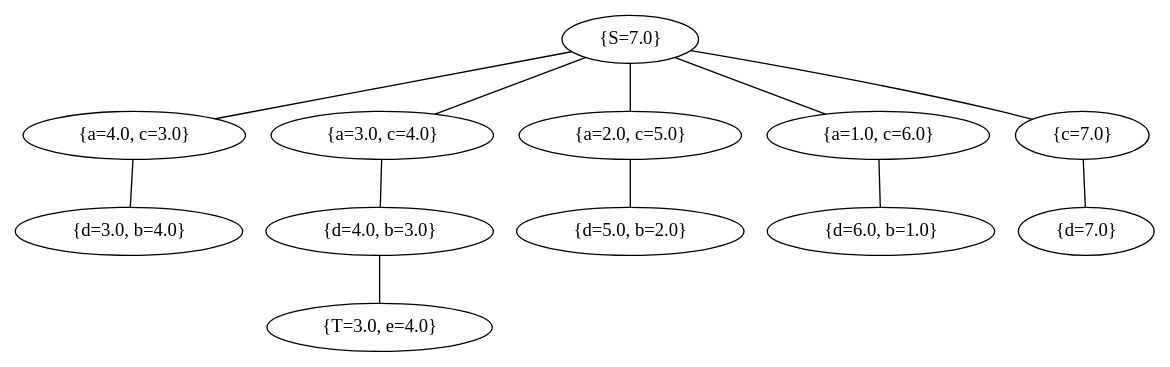
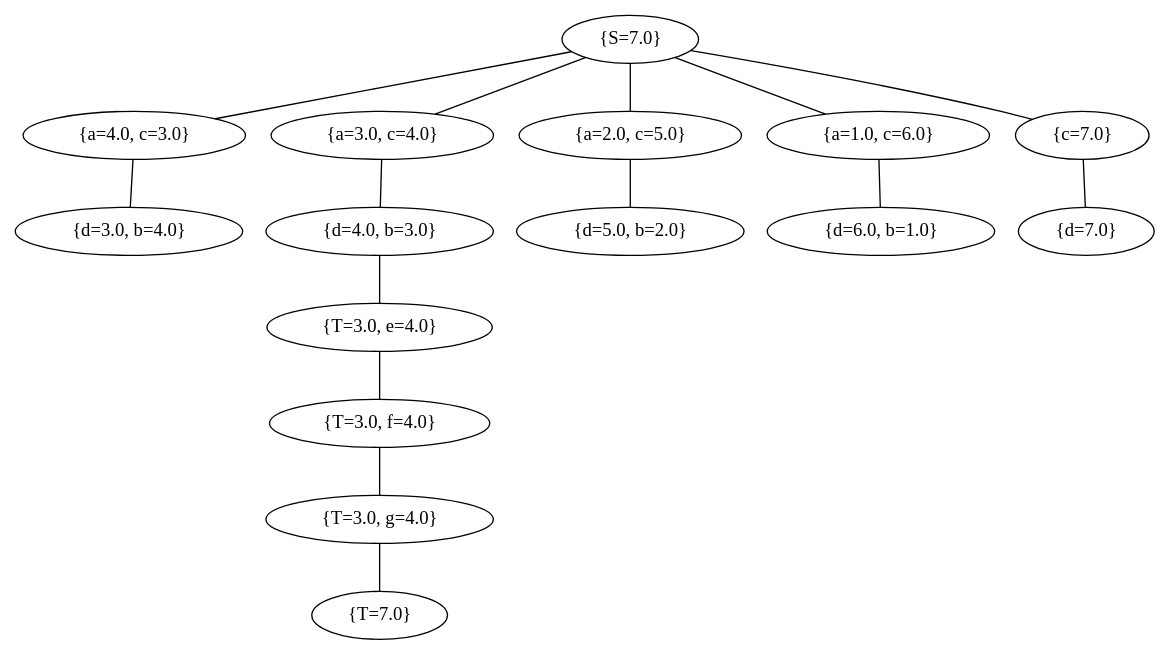
Before and after one commit to prb2/metapaths_search_alg: the diagram in graphs/Custom3/MG_Custom3.dot, drawn with Graphviz. The commit also changed 3 other files, not shown here.

Commit message:
Fixed stationary flow bug by programmatically adding a self edge on the target node which has Double.MAX_VALUE capacity.

```diff
--- a/graphs/Custom3/MG_Custom3.dot
+++ b/graphs/Custom3/MG_Custom3.dot
@@ -1,25 +1,31 @@
 graph {
-	"{S=7.0}" ["result"="org.graphstream.algorithm.Dijkstra$Data@5197848c","state"="{S=7.0}"];
-	"{a=4.0, c=3.0}" ["result"="org.graphstream.algorithm.Dijkstra$Data@17f052a3","state"="{a=4.0, c=3.0}"];
-	"{a=3.0, c=4.0}" ["result"="org.graphstream.algorithm.Dijkstra$Data@2e0fa5d3","state"="{a=3.0, c=4.0}"];
-	"{a=2.0, c=5.0}" ["result"="org.graphstream.algorithm.Dijkstra$Data@5010be6","state"="{a=2.0, c=5.0}"];
-	"{a=1.0, c=6.0}" ["result"="org.graphstream.algorithm.Dijkstra$Data@685f4c2e","state"="{a=1.0, c=6.0}"];
-	"{c=7.0}" ["result"="org.graphstream.algorithm.Dijkstra$Data@7daf6ecc","state"="{c=7.0}"];
-	"{d=7.0}" ["result"="org.graphstream.algorithm.Dijkstra$Data@2e5d6d97","state"="{d=7.0}"];
-	"{d=6.0, b=1.0}" ["result"="org.graphstream.algorithm.Dijkstra$Data@238e0d81","state"="{d=6.0, b=1.0}"];
-	"{d=5.0, b=2.0}" ["result"="org.graphstream.algorithm.Dijkstra$Data@31221be2","state"="{d=5.0, b=2.0}"];
-	"{d=4.0, b=3.0}" ["result"="org.graphstream.algorithm.Dijkstra$Data@377dca04","state"="{d=4.0, b=3.0}"];
-	"{T=3.0, e=4.0}" ["result"="org.graphstream.algorithm.Dijkstra$Data@728938a9","state"="{T=3.0, e=4.0}"];
-	"{d=3.0, b=4.0}" ["result"="org.graphstream.algorithm.Dijkstra$Data@21b8d17c","state"="{d=3.0, b=4.0}"];
-	"{S=7.0}" -- "{a=4.0, c=3.0}" ["length"=1];
-	"{S=7.0}" -- "{a=3.0, c=4.0}" ["length"=1];
-	"{S=7.0}" -- "{a=2.0, c=5.0}" ["length"=1];
-	"{S=7.0}" -- "{a=1.0, c=6.0}" ["length"=1];
-	"{S=7.0}" -- "{c=7.0}" ["length"=1];
-	"{c=7.0}" -- "{d=7.0}" ["length"=1];
-	"{a=1.0, c=6.0}" -- "{d=6.0, b=1.0}" ["length"=1];
-	"{a=2.0, c=5.0}" -- "{d=5.0, b=2.0}" ["length"=1];
-	"{a=3.0, c=4.0}" -- "{d=4.0, b=3.0}" ["length"=1];
-	"{d=4.0, b=3.0}" -- "{T=3.0, e=4.0}" ["length"=1];
-	"{a=4.0, c=3.0}" -- "{d=3.0, b=4.0}" ["length"=1];
+	"{S=7.0}" ["state"="{S=7.0}"];
+	"{a=4.0, c=3.0}" ["state"="{a=4.0, c=3.0}"];
+	"{a=3.0, c=4.0}" ["state"="{a=3.0, c=4.0}"];
+	"{a=2.0, c=5.0}" ["state"="{a=2.0, c=5.0}"];
+	"{a=1.0, c=6.0}" ["state"="{a=1.0, c=6.0}"];
+	"{c=7.0}" ["state"="{c=7.0}"];
+	"{d=7.0}" ["state"="{d=7.0}"];
+	"{d=6.0, b=1.0}" ["state"="{d=6.0, b=1.0}"];
+	"{d=5.0, b=2.0}" ["state"="{d=5.0, b=2.0}"];
+	"{d=4.0, b=3.0}" ["state"="{d=4.0, b=3.0}"];
+	"{T=3.0, e=4.0}" ["state"="{T=3.0, e=4.0}"];
+	"{T=3.0, f=4.0}" ["state"="{T=3.0, f=4.0}"];
+	"{T=3.0, g=4.0}" ["state"="{T=3.0, g=4.0}"];
+	"{T=7.0}" ["state"="{T=7.0}"];
+	"{d=3.0, b=4.0}" ["state"="{d=3.0, b=4.0}"];
+	"{S=7.0}" -- "{a=4.0, c=3.0}" ;
+	"{S=7.0}" -- "{a=3.0, c=4.0}" ;
+	"{S=7.0}" -- "{a=2.0, c=5.0}" ;
+	"{S=7.0}" -- "{a=1.0, c=6.0}" ;
+	"{S=7.0}" -- "{c=7.0}" ;
+	"{c=7.0}" -- "{d=7.0}" ;
+	"{a=1.0, c=6.0}" -- "{d=6.0, b=1.0}" ;
+	"{a=2.0, c=5.0}" -- "{d=5.0, b=2.0}" ;
+	"{a=3.0, c=4.0}" -- "{d=4.0, b=3.0}" ;
+	"{d=4.0, b=3.0}" -- "{T=3.0, e=4.0}" ;
+	"{T=3.0, e=4.0}" -- "{T=3.0, f=4.0}" ;
+	"{T=3.0, f=4.0}" -- "{T=3.0, g=4.0}" ;
+	"{T=3.0, g=4.0}" -- "{T=7.0}" ;
+	"{a=4.0, c=3.0}" -- "{d=3.0, b=4.0}" ;
 }
```
